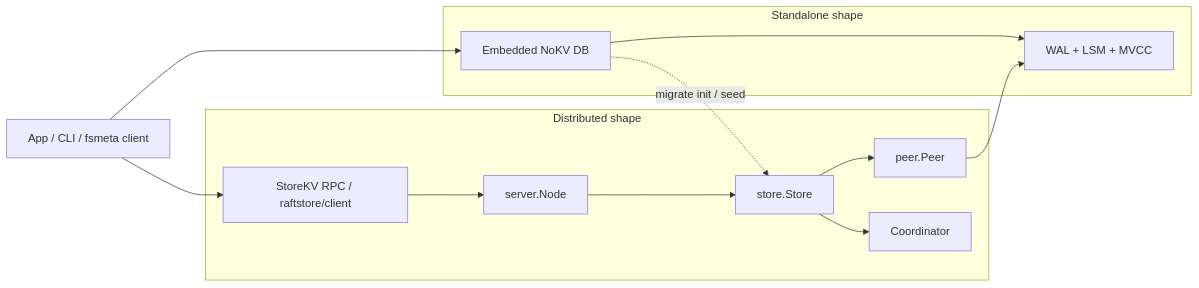
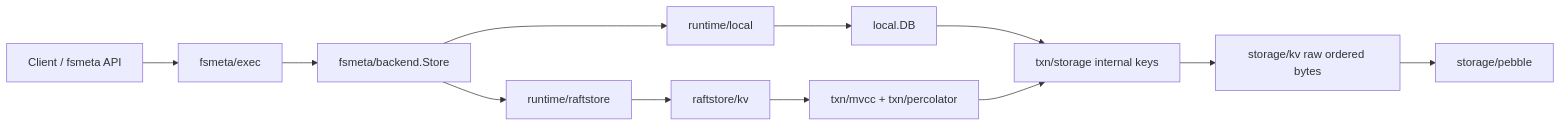
The diagram in docs/guide/architecture.md (feichai0017/NoKV), drawn with Mermaid before and after one commit. The commit also changed other lines of this file and 378 other files, not shown here.

Commit message:
refactor: switch metadata storage to pebble backend

````diff
--- a/docs/guide/architecture.md
+++ b/docs/guide/architecture.md
@@ -71,20 +58,12 @@
 ```mermaid
 flowchart LR
-    App["App / CLI / fsmeta client"]
-    App --> Embedded["Embedded NoKV DB"]
-    App --> RPC["StoreKV RPC / raftstore/client"]
-
-    subgraph "Standalone shape"
-        Embedded --> Core["WAL + LSM + MVCC"]
-    end
-
-    subgraph "Distributed shape"
-        RPC --> Server["server.Node"]
-        Server --> Store["store.Store"]
-        Store --> Peer["peer.Peer"]
-        Peer --> Core
-        Store --> Coordinator["Coordinator"]
-    end
-
-    Embedded -. migrate init / seed .-> Store
+    Client["Client / fsmeta API"] --> Exec["fsmeta/exec"]
+    Exec --> Backend["fsmeta/backend.Store"]
+    Backend --> Local["runtime/local"] --> LocalDB["local.DB"]
+    Backend --> Raft["runtime/raftstore"] --> StoreKV["raftstore/kv"]
+    StoreKV --> Txn["txn/mvcc + txn/percolator"]
+    LocalDB --> MVCC["txn/storage internal keys"]
+    Txn --> MVCC
+    MVCC --> Raw["storage/kv raw ordered bytes"]
+    Raw --> Pebble["storage/pebble"]
 ```
````
